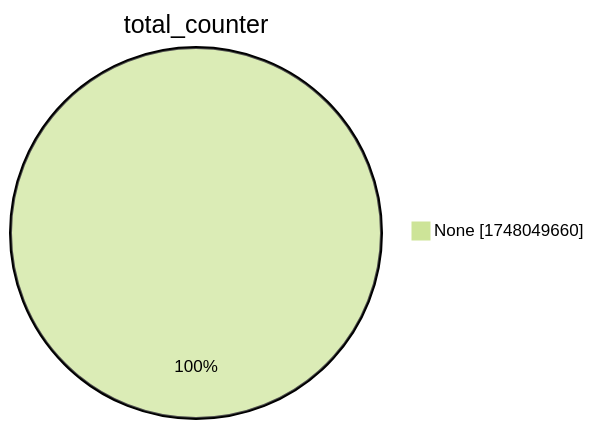
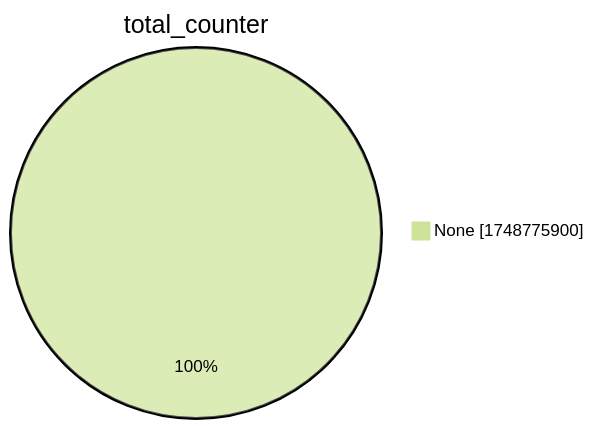
One commit to christiankrug/ctmonitor_visualization changed the second of 15 diagrams in xenon2022/README.md. Above: the diagram before and after it, drawn with Mermaid (forest theme). The commit also changed other lines of this file, not shown here.

````diff
--- a/xenon2022/README.md
+++ b/xenon2022/README.md
@@ -9,5 +9,5 @@
 ```mermaid
 pie showData
 title total_counter
-"None" :1748049660
+"None" :1748775900
 ```
````
